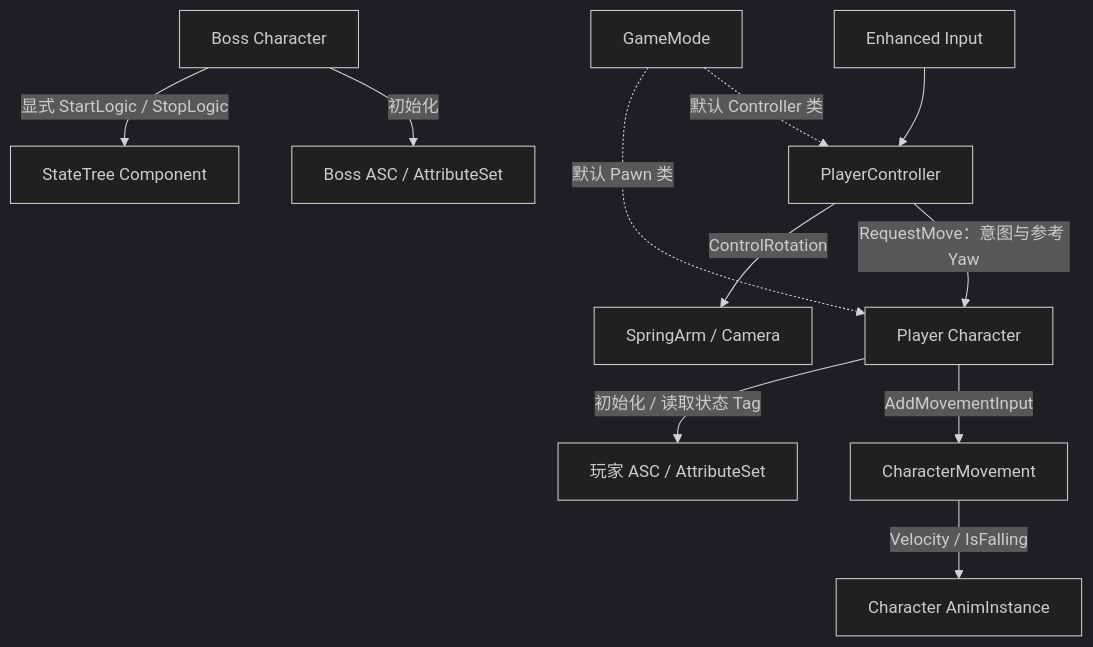
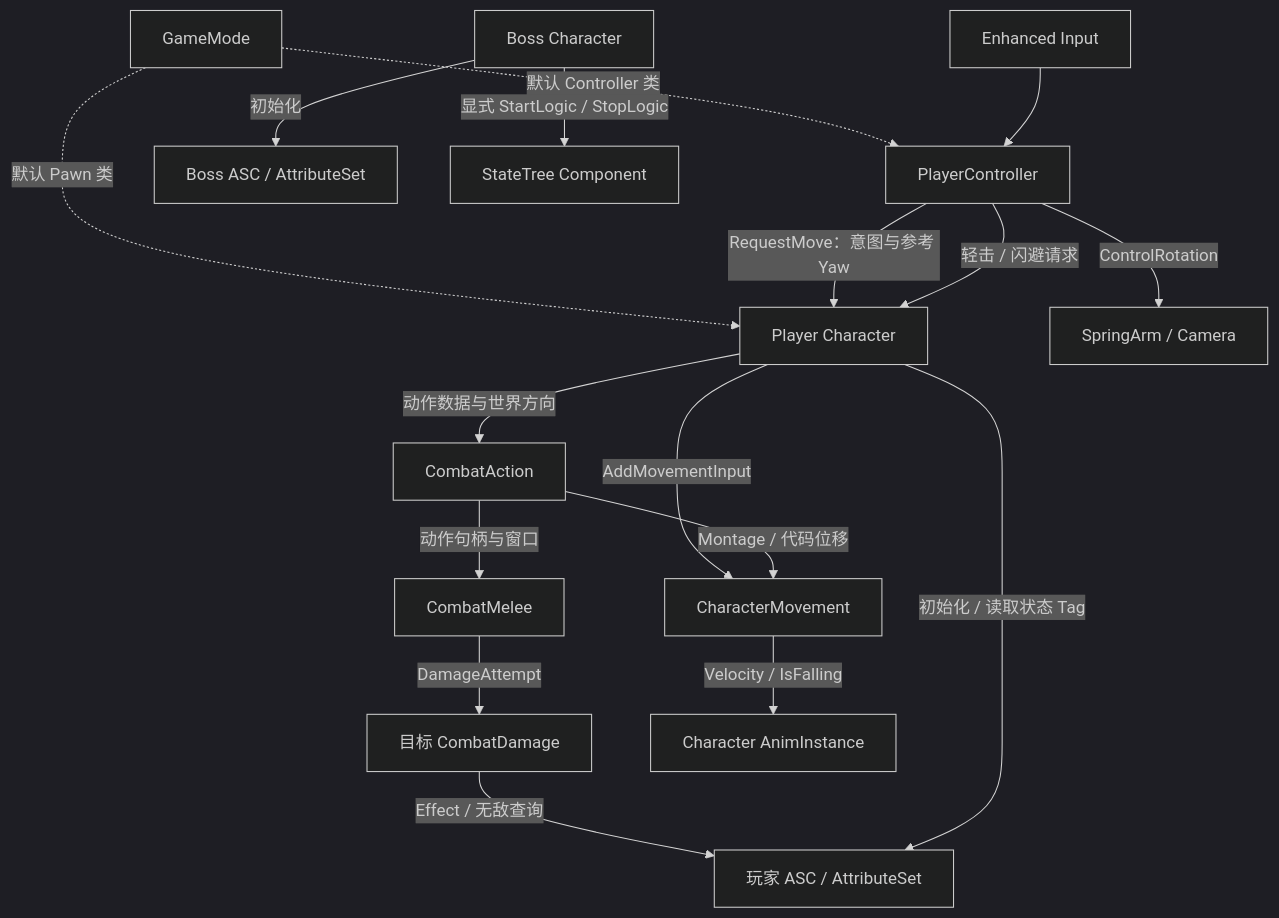
One commit to Ethan-Lian/AshenOath changed the diagram in docs/architecture.md. Above: the diagram before and after it, drawn with Mermaid (dark theme). The commit also changed other lines of this file and 24 other files, not shown here.

Commit message:
feat: Enhance combat action system with resource recovery and invulnerability handling

````diff
--- a/docs/architecture.md
+++ b/docs/architecture.md
@@ -9,13 +9,19 @@
 ```mermaid
 flowchart TD
     GM[GameMode] -.->|默认 Controller 类| PC[PlayerController]
     GM -.->|默认 Pawn 类| P[Player Character]
     EI[Enhanced Input] --> PC
     PC -->|RequestMove：意图与参考 Yaw| P
+    PC -->|轻击 / 闪避请求| P
     P -->|AddMovementInput| CM[CharacterMovement]
+    P -->|动作数据与世界方向| ACTION[CombatAction]
+    ACTION -->|Montage / 代码位移| CM
+    ACTION -->|动作句柄与窗口| MELEE[CombatMelee]
+    MELEE -->|DamageAttempt| DAMAGE[目标 CombatDamage]
+    DAMAGE -->|Effect / 无敌查询| GAS
     PC -->|ControlRotation| CAM[SpringArm / Camera]
     CM -->|Velocity / IsFalling| AN[Character AnimInstance]
     P -->|初始化 / 读取状态 Tag| GAS[玩家 ASC / AttributeSet]
     B[Boss Character] -->|初始化| BGAS[Boss ASC / AttributeSet]
     B -->|显式 StartLogic / StopLogic| ST[StateTree Component]
 ```
````
